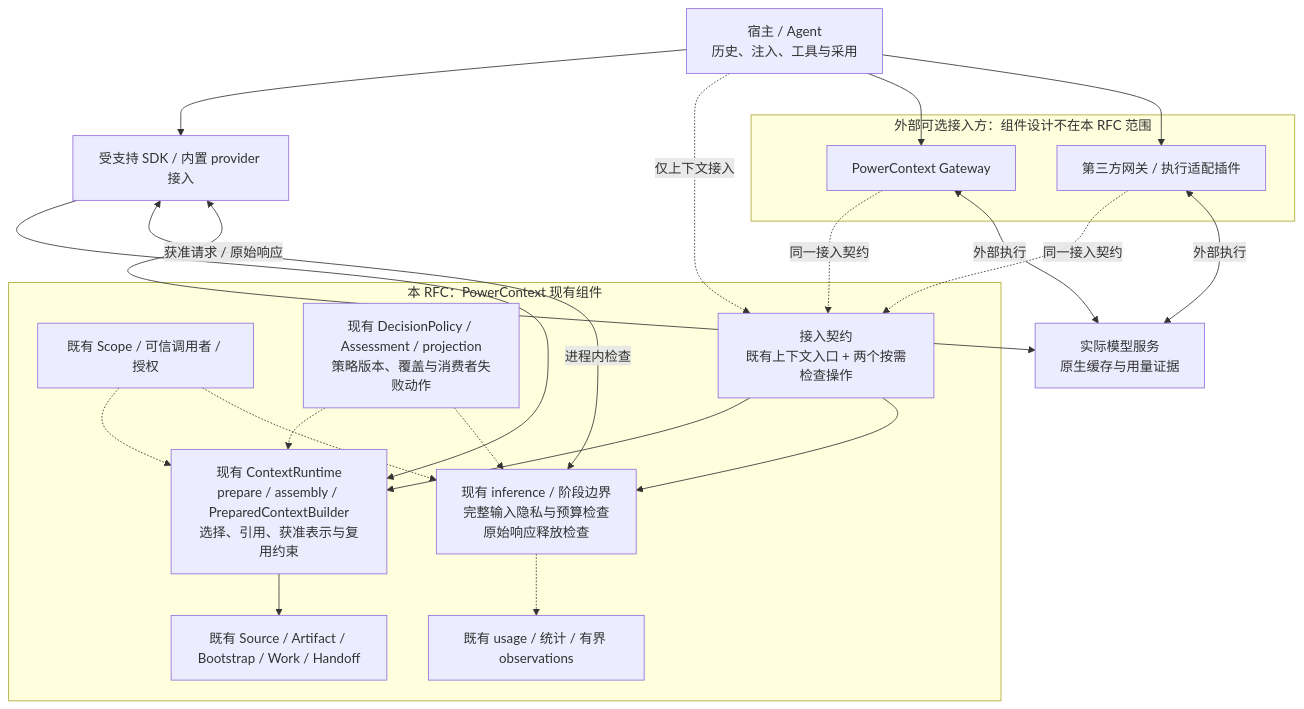
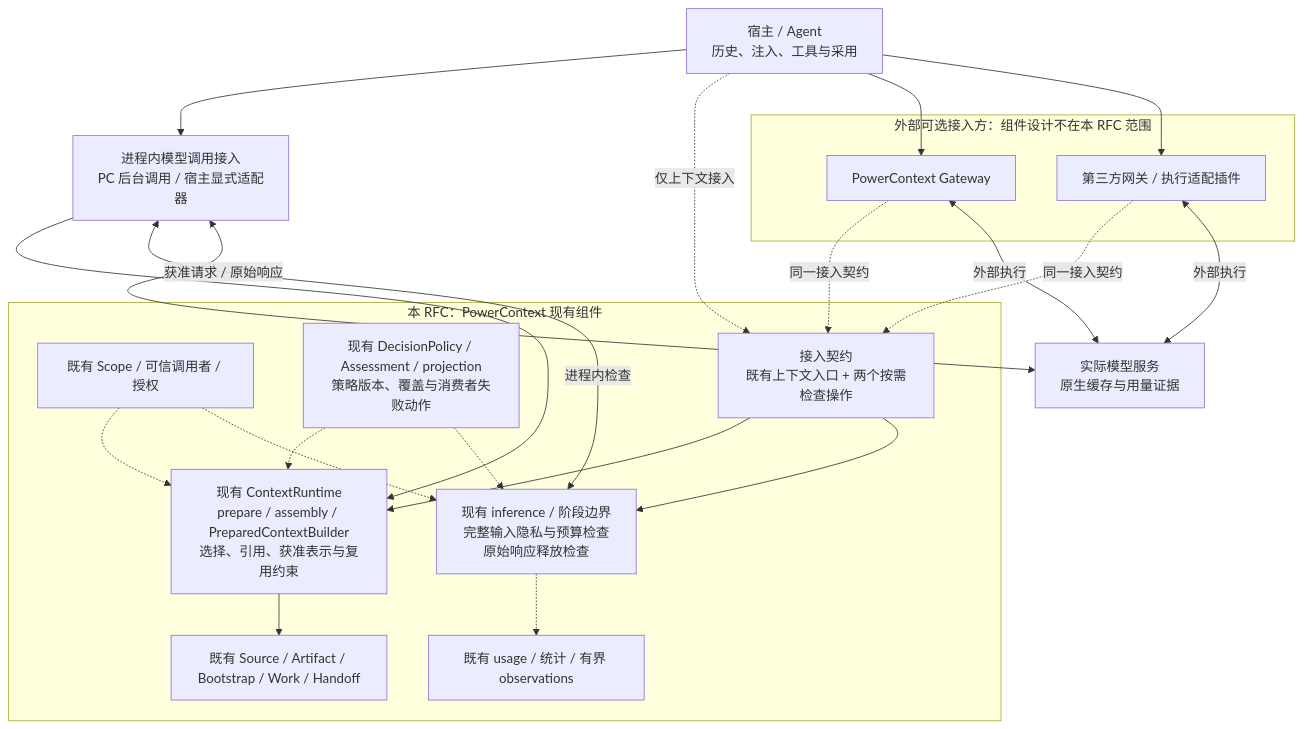
One commit to 2397819368a-oss/powercontext-2026 changed the first of 2 diagrams in docs/zh/rfcs/2086-core-inference-gates-and-optional-gateway.md. Above: the diagram before and after it, drawn with Mermaid. The commit also changed other lines of this file and 1 other file, not shown here.

````diff
--- a/docs/zh/rfcs/2086-core-inference-gates-and-optional-gateway.md
+++ b/docs/zh/rfcs/2086-core-inference-gates-and-optional-gateway.md
@@ -136,41 +141,41 @@
 ```mermaid
 flowchart TB
     HOST["宿主 / Agent<br/>历史、注入、工具与采用"]
-    SDK["受支持 SDK / 内置 provider 接入"]
+    SDK["进程内模型调用接入<br/>PC 后台调用 / 宿主显式适配器"]
 
     subgraph CORE["本 RFC：PowerContext 现有组件"]
         AUTH["既有 Scope / 可信调用者 / 授权"]
         CONTEXT["现有 ContextRuntime<br/>prepare / assembly / PreparedContextBuilder<br/>选择、引用、获准表示与复用约束"]
         CHECK["现有 inference / 阶段边界<br/>完整输入隐私与预算检查<br/>原始响应释放检查"]
         POLICY["现有 DecisionPolicy / Assessment / projection<br/>策略版本、覆盖与消费者失败动作"]
         DATA["既有 Source / Artifact / Bootstrap / Work / Handoff"]
         USAGE["既有 usage / 统计 / 有界 observations"]
         API["接入契约<br/>既有上下文入口 + 两个按需检查操作"]
         AUTH -.-> CONTEXT
         AUTH -.-> CHECK
         CONTEXT --> DATA
         POLICY -.-> CONTEXT
         POLICY -.-> CHECK
         CHECK -.-> USAGE
         API --> CONTEXT
         API --> CHECK
     end
 
     subgraph EXTERNAL["外部可选接入方：组件设计不在本 RFC 范围"]
         PCGW["PowerContext Gateway"]
         THIRD["第三方网关 / 执行适配插件"]
     end
     MODEL["实际模型服务<br/>原生缓存与用量证据"]
 
     HOST --> SDK
     HOST -. "仅上下文接入" .-> API
     SDK --> CONTEXT
     SDK <-->|"进程内检查"| CHECK
     SDK <-->|"获准请求 / 原始响应"| MODEL
     HOST --> PCGW
     HOST --> THIRD
     PCGW -. "同一接入契约" .-> API
     THIRD -. "同一接入契约" .-> API
     PCGW <-->|"外部执行"| MODEL
     THIRD <-->|"外部执行"| MODEL
 ```
````
